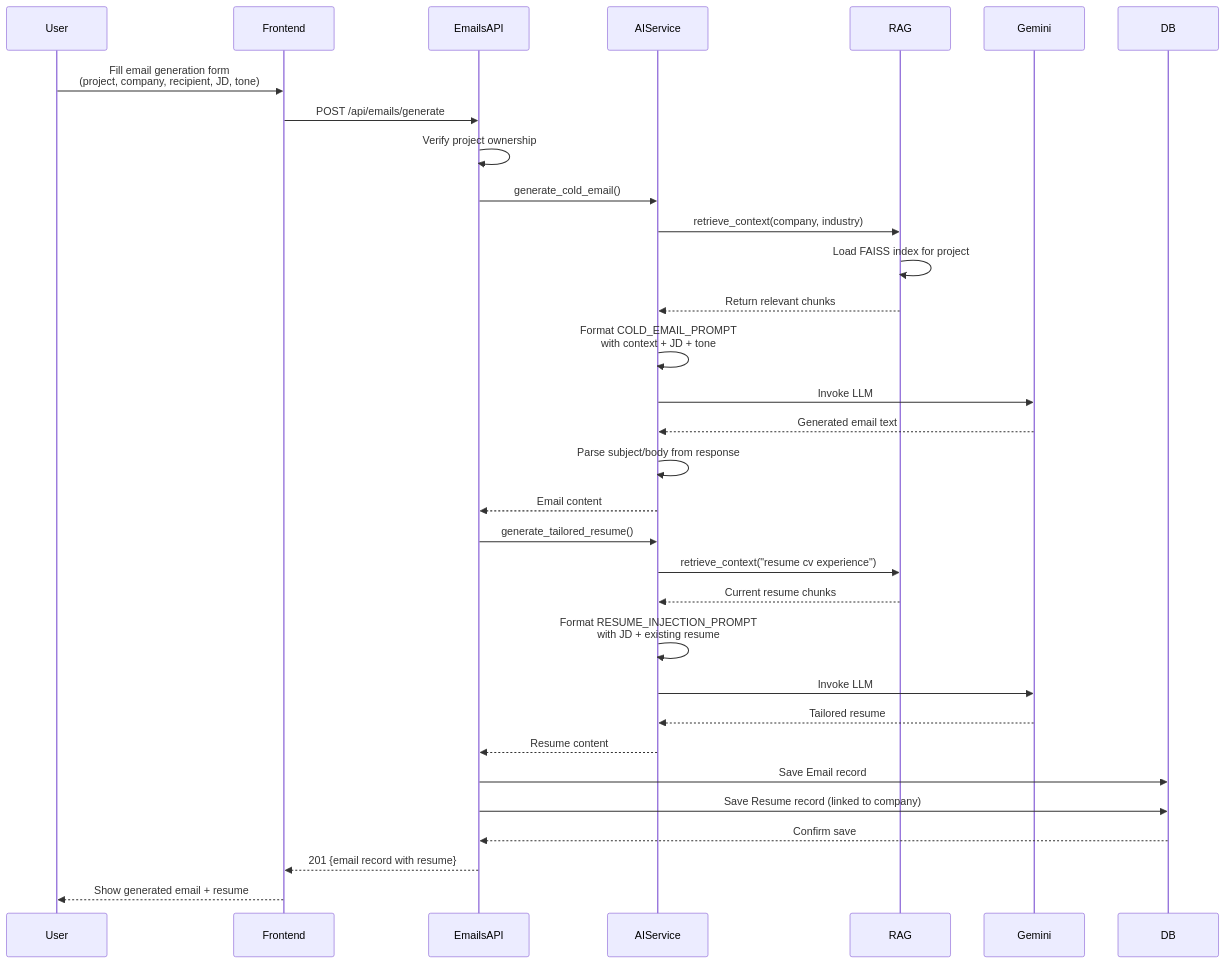
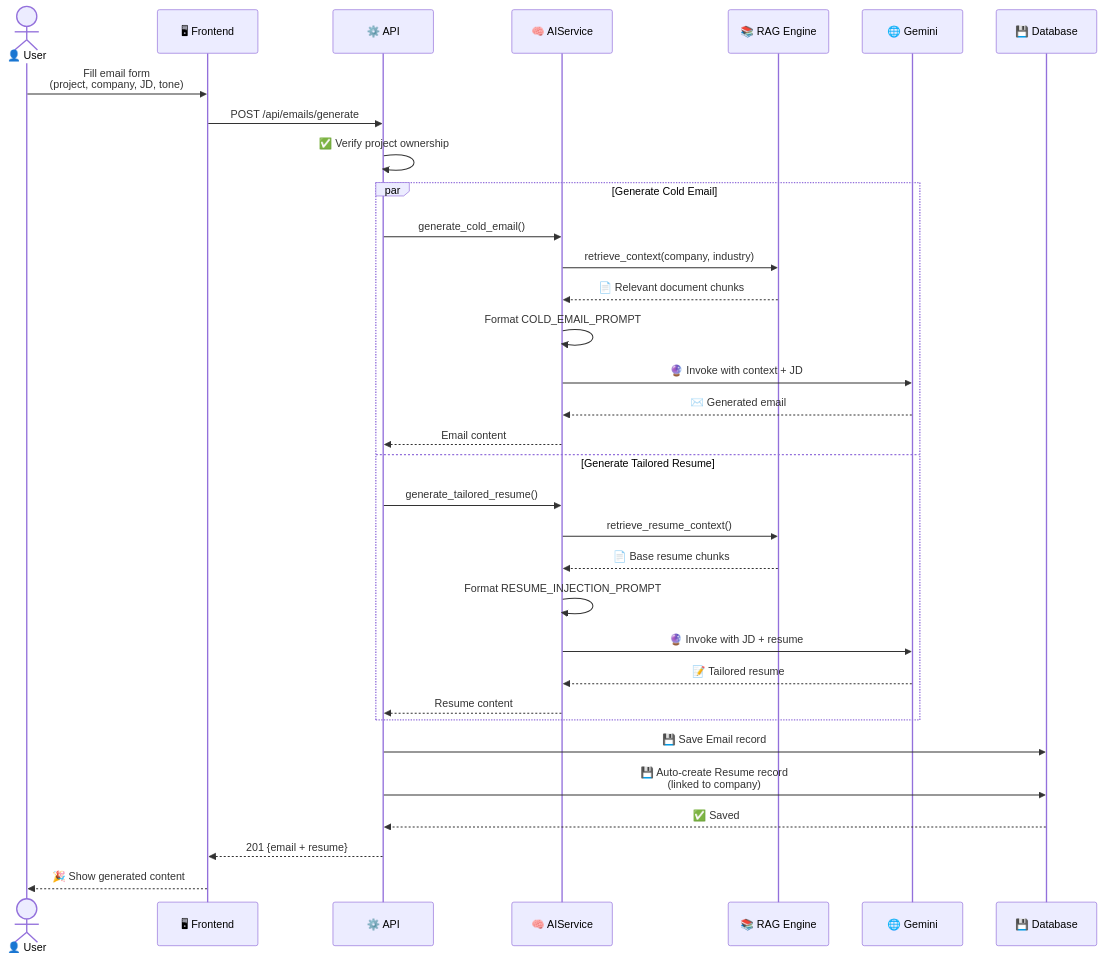
Before and after one commit to GaganCB2002/ColdForge: the second of 6 diagrams in README.md, drawn with Mermaid. The commit also changed other lines of this file, not shown here.

````diff
--- a/README.md
+++ b/README.md
@@ -159,37 +116,38 @@
 ```mermaid
 sequenceDiagram
-    participant User
-    participant Frontend
-    participant EmailsAPI
-    participant AIService
-    participant RAG
-    participant Gemini
-    participant DB
+    actor U as 👤 User
+    participant F as 🖥 Frontend
+    participant BE as ⚙️ API
+    participant AI as 🧠 AIService
+    participant RAG as 📚 RAG Engine
+    participant LLM as 🌐 Gemini
+    participant DB as 💾 Database
 
-    User->>Frontend: Fill email generation form<br/>(project, company, recipient, JD, tone)
-    Frontend->>EmailsAPI: POST /api/emails/generate
-    EmailsAPI->>EmailsAPI: Verify project ownership
-    EmailsAPI->>AIService: generate_cold_email()
-    AIService->>RAG: retrieve_context(company, industry)
-    RAG->>RAG: Load FAISS index for project
-    RAG-->>AIService: Return relevant chunks
-    AIService->>AIService: Format COLD_EMAIL_PROMPT<br/>with context + JD + tone
-    AIService->>Gemini: Invoke LLM
-    Gemini-->>AIService: Generated email text
-    AIService->>AIService: Parse subject/body from response
-    AIService-->>EmailsAPI: Email content
+    U->>F: Fill email form<br/>(project, company, JD, tone)
+    F->>BE: POST /api/emails/generate
+    BE->>BE: ✅ Verify project ownership
     
-    EmailsAPI->>AIService: generate_tailored_resume()
-    AIService->>RAG: retrieve_context("resume cv experience")
-    RAG-->>AIService: Current resume chunks
-    AIService->>AIService: Format RESUME_INJECTION_PROMPT<br/>with JD + existing resume
-    AIService->>Gemini: Invoke LLM
-    Gemini-->>AIService: Tailored resume
-    AIService-->>EmailsAPI: Resume content
+    par Generate Cold Email
+        BE->>AI: generate_cold_email()
+        AI->>RAG: retrieve_context(company, industry)
+        RAG-->>AI: 📄 Relevant document chunks
+        AI->>AI: Format COLD_EMAIL_PROMPT
+        AI->>LLM: 🔮 Invoke with context + JD
+        LLM-->>AI: ✉️ Generated email
+        AI-->>BE: Email content
+    and Generate Tailored Resume
+        BE->>AI: generate_tailored_resume()
+        AI->>RAG: retrieve_resume_context()
+        RAG-->>AI: 📄 Base resume chunks
+        AI->>AI: Format RESUME_INJECTION_PROMPT
+        AI->>LLM: 🔮 Invoke with JD + resume
+        LLM-->>AI: 📝 Tailored resume
+        AI-->>BE: Resume content
+    end
     
-    EmailsAPI->>DB: Save Email record
-    EmailsAPI->>DB: Save Resume record (linked to company)
-    DB-->>EmailsAPI: Confirm save
-    EmailsAPI-->>Frontend: 201 {email record with resume}
-    Frontend-->>User: Show generated email + resume
+    BE->>DB: 💾 Save Email record
+    BE->>DB: 💾 Auto-create Resume record<br/>(linked to company)
+    DB-->>BE: ✅ Saved
+    BE-->>F: 201 {email + resume}
+    F-->>U: 🎉 Show generated content
 ```
````
